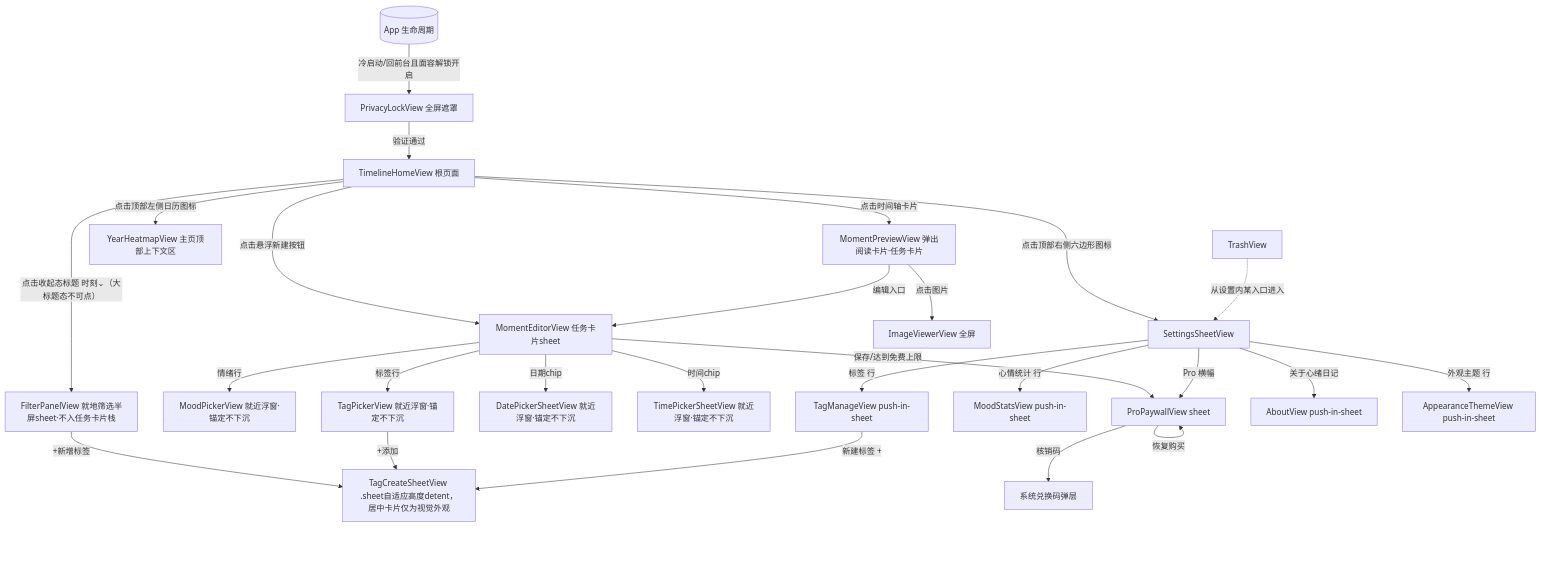
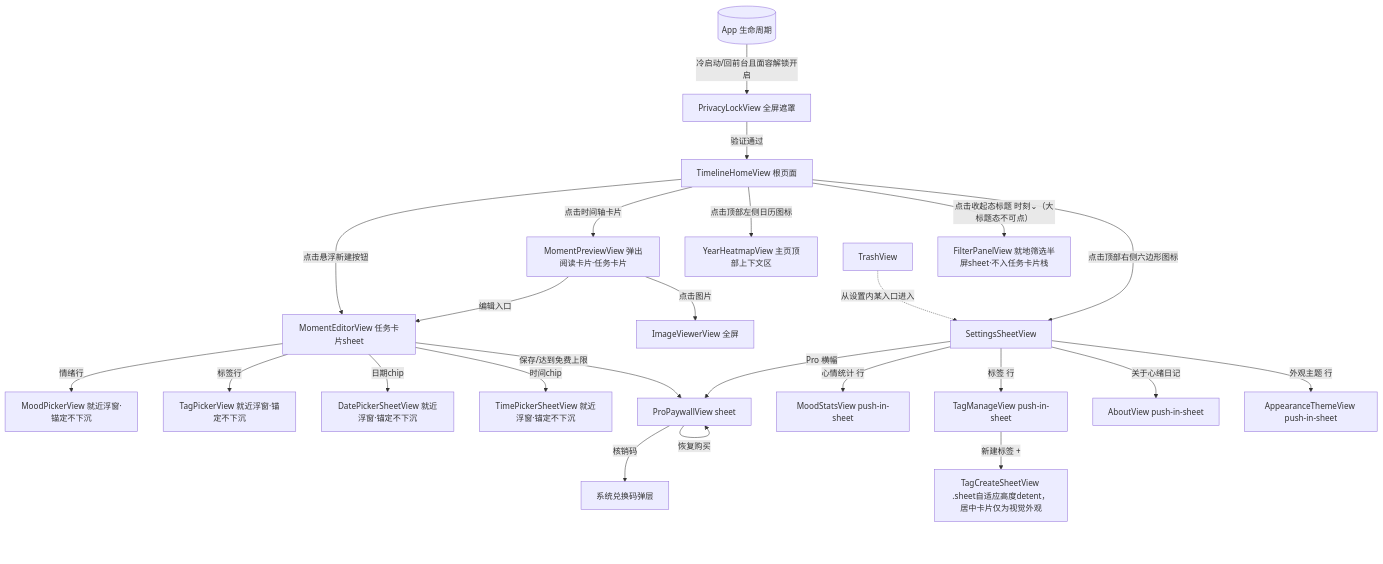
One commit to amuqiao/HeatMoment2 changed the diagram in docs/design/02-information-architecture.md. Above: the diagram before and after it, drawn with Mermaid. The commit also changed other lines of this file and 23 other files, not shown here.

````diff
--- a/docs/design/02-information-architecture.md
+++ b/docs/design/02-information-architecture.md
@@ -31,33 +31,31 @@
 ```mermaid
 flowchart TD
     Root[TimelineHomeView 根页面] -->|点击悬浮新建按钮| Editor[MomentEditorView 任务卡片sheet]
     Root -->|点击时间轴卡片| Preview[MomentPreviewView 弹出阅读卡片·任务卡片]
     Root -->|点击顶部左侧日历图标| Heatmap[YearHeatmapView 主页顶部上下文区]
     Root -->|点击收起态标题 时刻⌄（大标题态不可点）| Filter[FilterPanelView 就地筛选半屏sheet·不入任务卡片栈]
     Root -->|点击顶部右侧六边形图标| Settings[SettingsSheetView]
 
-    Filter -->|+新增标签| TagCreate
     Editor -->|情绪行| MoodPicker[MoodPickerView 就近浮窗·锚定不下沉]
     Editor -->|标签行| TagPicker[TagPickerView 就近浮窗·锚定不下沉]
-    TagPicker -->|+添加| TagCreate[TagCreateSheetView .sheet自适应高度detent，居中卡片仅为视觉外观]
+    TagManage -->|新建标签 +| TagCreate[TagCreateSheetView .sheet自适应高度detent，居中卡片仅为视觉外观]
     Editor -->|日期chip| DatePicker[DatePickerSheetView 就近浮窗·锚定不下沉]
     Editor -->|时间chip| TimePicker[TimePickerSheetView 就近浮窗·锚定不下沉]
     Editor -->|保存/达到免费上限| Paywall[ProPaywallView sheet]
 
     Preview -->|编辑入口| Editor
     Preview -->|点击图片| ImageViewer[ImageViewerView 全屏]
 
     Settings -->|Pro 横幅| Paywall
     Settings -->|心情统计 行| Stats[MoodStatsView push-in-sheet]
     Settings -->|标签 行| TagManage[TagManageView push-in-sheet]
     Settings -->|关于心绪日记| About[AboutView push-in-sheet]
     Settings -->|外观主题 行| Appearance[AppearanceThemeView push-in-sheet]
-    TagManage -->|新建标签 +| TagCreate
     Paywall -->|核销码| SystemRedeem[系统兑换码弹层]
     Paywall -->|恢复购买| Paywall
 
     Trash[TrashView] -.从设置内某入口进入.-> Settings
 
     App[(App 生命周期)] -->|冷启动/回前台且面容解锁开启| Lock[PrivacyLockView 全屏遮罩]
     Lock -->|验证通过| Root
 ```
````
